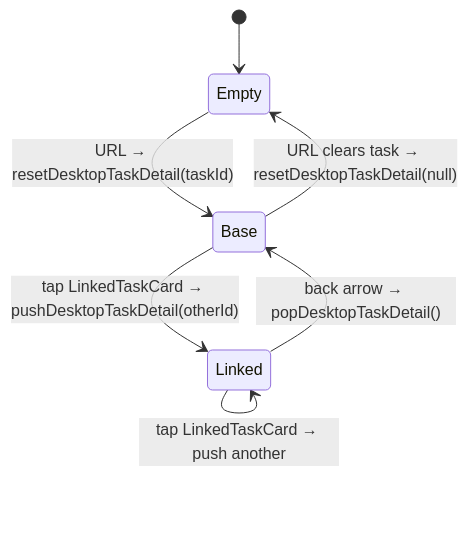
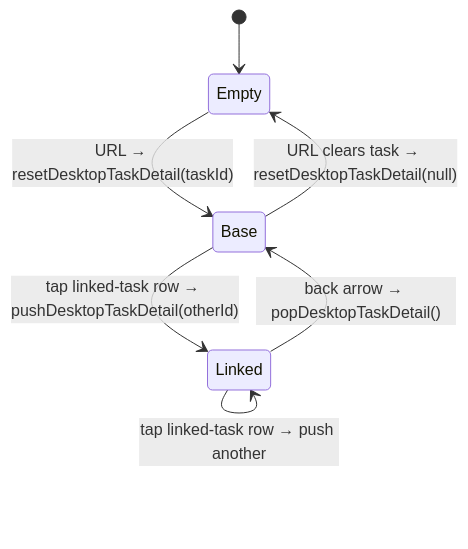
One commit to matthiasn/lotti changed the second of 12 diagrams in lib/features/tasks/README.md. Above: the diagram before and after it, drawn with Mermaid. The commit also changed other lines of this file and 28 other files, not shown here.

````diff
--- a/lib/features/tasks/README.md
+++ b/lib/features/tasks/README.md
@@ -106,9 +106,9 @@
 ```mermaid
 stateDiagram-v2
   [*] --> Empty
   Empty --> Base: URL → resetDesktopTaskDetail(taskId)
-  Base --> Linked: tap LinkedTaskCard → pushDesktopTaskDetail(otherId)
-  Linked --> Linked: tap LinkedTaskCard → push another
+  Base --> Linked: tap linked-task row → pushDesktopTaskDetail(otherId)
+  Linked --> Linked: tap linked-task row → push another
   Linked --> Base: back arrow → popDesktopTaskDetail()
   Base --> Empty: URL clears task → resetDesktopTaskDetail(null)
 ```
````
